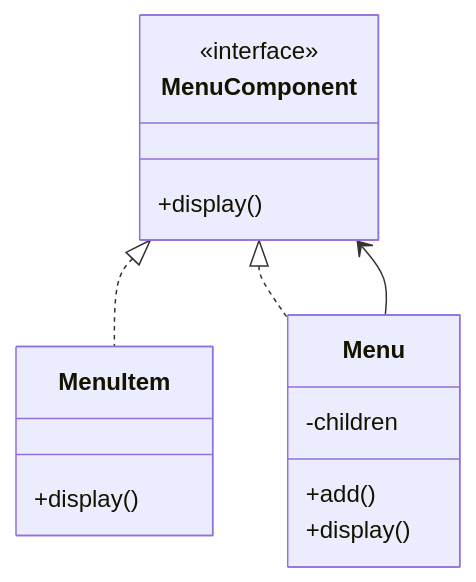
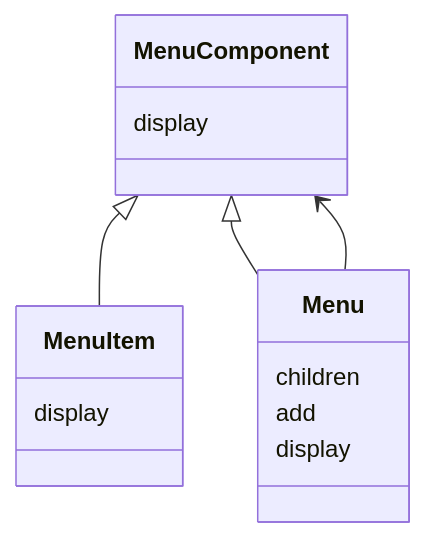
The fifth of 6 diagrams in src/content/lld-composite-design-pattern.md (gojosatoru123-ux/CacheU), drawn with Mermaid before and after one commit. The commit also changed other lines of this file and 21 other files, not shown here.

````diff
--- a/src/content/lld-composite-design-pattern.md
+++ b/src/content/lld-composite-design-pattern.md
@@ -741,21 +740,20 @@
 ```mermaid
 classDiagram
-    class MenuComponent {
-        <<interface>>
-        +display()
-    }
+class MenuComponent {
+    display
+}
 
-    class MenuItem {
-        +display()
-    }
+class MenuItem {
+    display
+}
 
-    class Menu {
-        -children
-        +add()
-        +display()
-    }
+class Menu {
+    children
+    add
+    display
+}
 
-    MenuComponent <|.. MenuItem
-    MenuComponent <|.. Menu
-    Menu --> MenuComponent
+MenuComponent <|-- MenuItem
+MenuComponent <|-- Menu
+Menu --> MenuComponent
 ```
````
